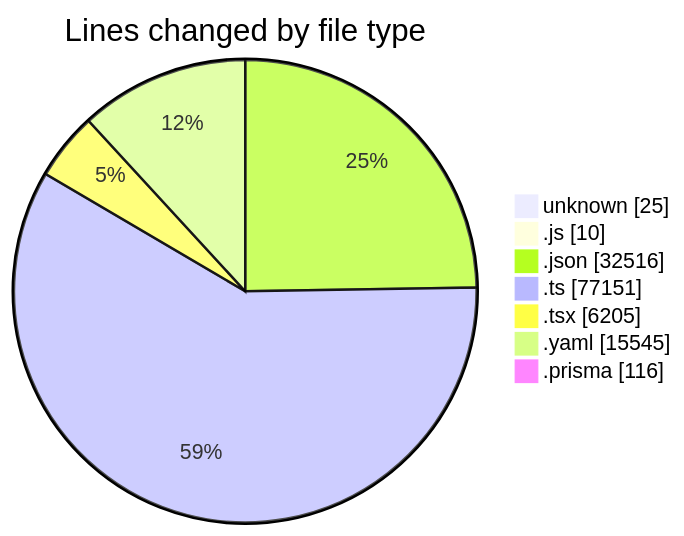
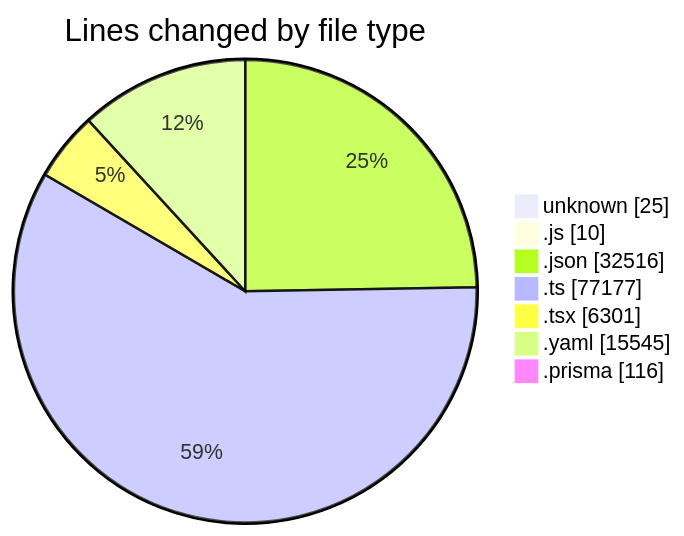
Before and after one commit to CELIANVF/code-tracking: the first of 2 diagrams in 2025-05-02/ecodeli/README.md, drawn with Mermaid. The commit also changed other lines of this file and 1 other file, not shown here.

````diff
--- a/2025-05-02/ecodeli/README.md
+++ b/2025-05-02/ecodeli/README.md
@@ -89,11 +89,11 @@
 ```mermaid
 pie showData
 title Lines changed by file type
 "unknown" : 25
 ".js" : 10
 ".json" : 32516
-".ts" : 77151
-".tsx" : 6205
+".ts" : 77177
+".tsx" : 6301
 ".yaml" : 15545
 ".prisma" : 116
 ```
````
